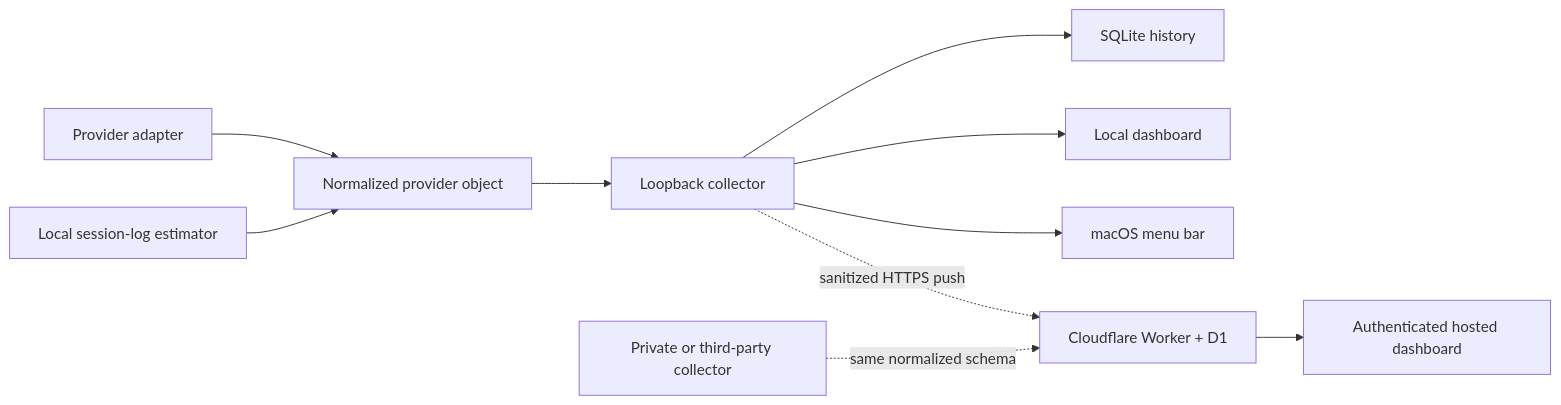
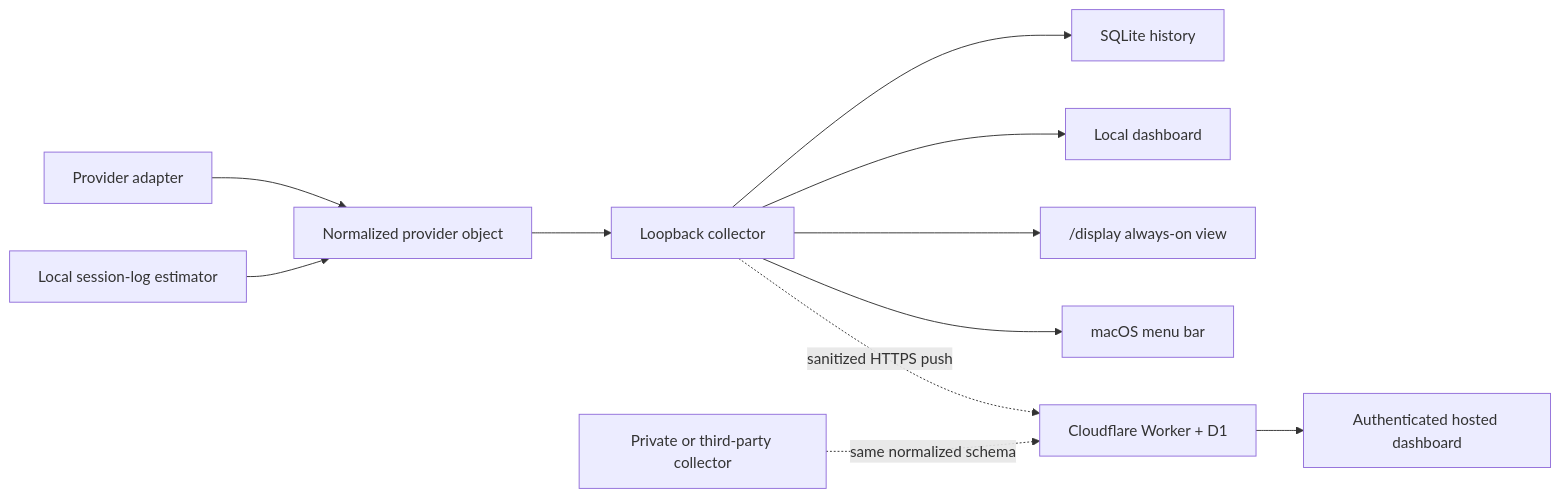
One commit to 0xBigotry7/ai-usage-dashboard changed the diagram in docs/architecture.md. Above: the diagram before and after it, drawn with Mermaid. The commit also changed other lines of this file and 28 other files, not shown here.

````diff
--- a/docs/architecture.md
+++ b/docs/architecture.md
@@ -6,12 +6,13 @@
 ```mermaid
 flowchart LR
   A["Provider adapter"] --> B["Normalized provider object"]
   C["Local session-log estimator"] --> B
   B --> D["Loopback collector"]
   D --> E["SQLite history"]
   D --> F["Local dashboard"]
+  D --> K["/display always-on view"]
   D --> J["macOS menu bar"]
   D -. "sanitized HTTPS push" .-> G["Cloudflare Worker + D1"]
   H["Private or third-party collector"] -. "same normalized schema" .-> G
   G --> I["Authenticated hosted dashboard"]
 ```
````
